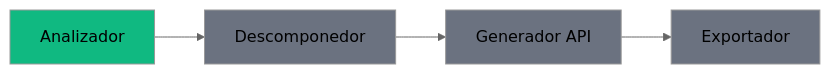
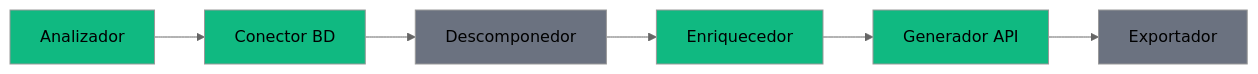
One commit to preyesc/erp-modernization-toolkit changed the diagram in docs/README.md. Above: the diagram before and after it, drawn with Mermaid (neutral theme). The commit also changed other lines of this file and 107 other files, not shown here.

````diff
--- a/docs/README.md
+++ b/docs/README.md
@@ -40,11 +61,15 @@
 ```mermaid
 graph LR
-    A[Analizador] --> B[Descomponedor]
-    B --> C[Generador API]
+    A[Analizador] --> V[Conector BD]
+    V --> B[Descomponedor]
+    B --> E[Enriquecedor]
+    E --> C[Generador API]
     C --> D[Exportador]
     
     style A fill:#10B981
+    style V fill:#10B981
+    style E fill:#10B981
+    style C fill:#10B981
     style B fill:#6B7280
-    style C fill:#6B7280
     style D fill:#6B7280
 ```
````
